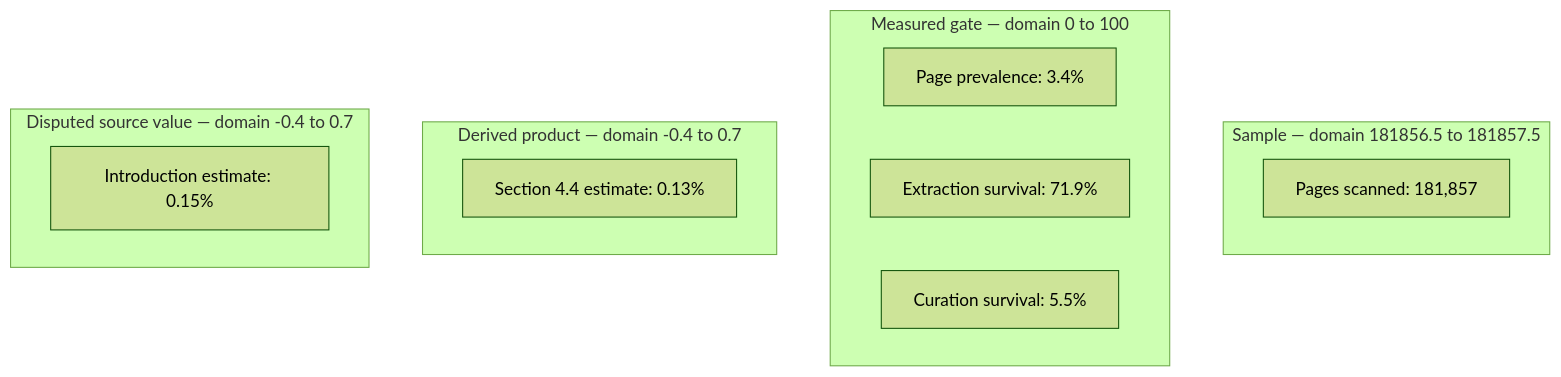
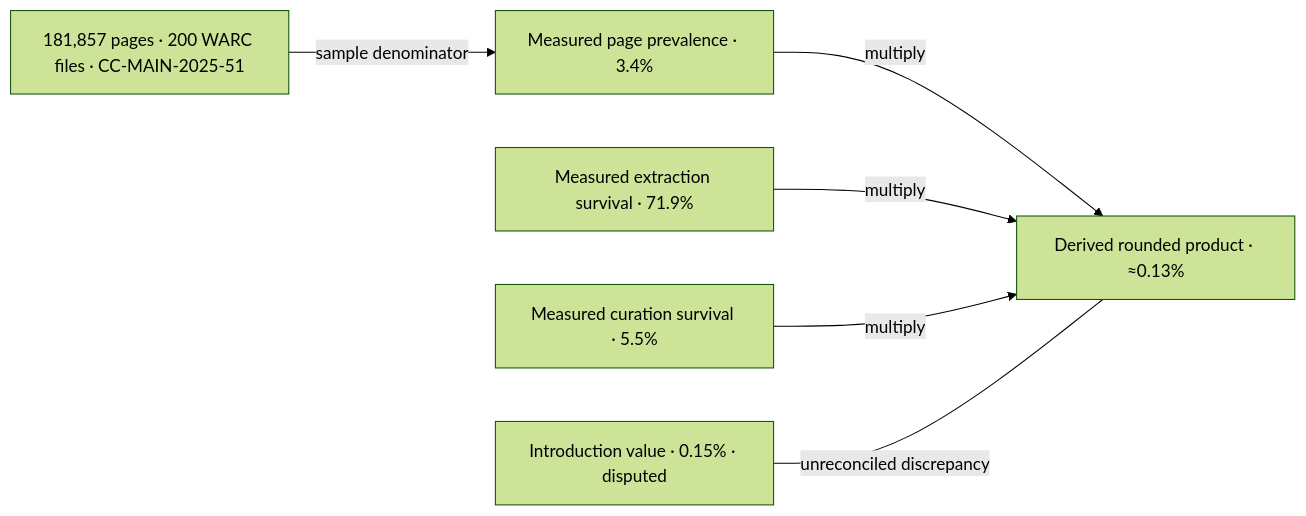
Diagram 28 of 48 in docs/visual-manifests/VISUAL_MANIFEST_COMPUTATIONAL_PROPAGANDA.md (Betancourt1/paper_atlas), drawn with Mermaid (forest theme) before and after one commit. The commit also changed other lines of this file and 7 other files, not shown here.

````diff
--- a/docs/visual-manifests/VISUAL_MANIFEST_COMPUTATIONAL_PROPAGANDA.md
+++ b/docs/visual-manifests/VISUAL_MANIFEST_COMPUTATIONAL_PROPAGANDA.md
@@ -2360,17 +2358,14 @@
 ```mermaid
-flowchart TB
-  subgraph g1["Sample — domain 181856.5 to 181857.5"]
-    g1r1["Pages scanned: 181,857"]
-  end
-  subgraph g2["Measured gate — domain 0 to 100"]
-    g2r1["Page prevalence: 3.4%"]
-    g2r2["Extraction survival: 71.9%"]
-    g2r3["Curation survival: 5.5%"]
-  end
-  subgraph g3["Derived product — domain -0.4 to 0.7"]
-    g3r1["Section 4.4 estimate: 0.13%"]
-  end
-  subgraph g4["Disputed source value — domain -0.4 to 0.7"]
-    g4r1["Introduction estimate: 0.15%"]
-  end
+flowchart LR
+  sample["181,857 pages · 200 WARC files · CC-MAIN-2025-51"]
+  s1["Measured page prevalence · 3.4%"]
+  s2["Measured extraction survival · 71.9%"]
+  s3["Measured curation survival · 5.5%"]
+  product["Derived rounded product · ≈0.13%"]
+  intro["Introduction value · 0.15% · disputed"]
+  sample -->|"sample denominator"| s1
+  s1 -->|"multiply"| product
+  s2 -->|"multiply"| product
+  s3 -->|"multiply"| product
+  intro ---|"unreconciled discrepancy"| product
 ```
````
